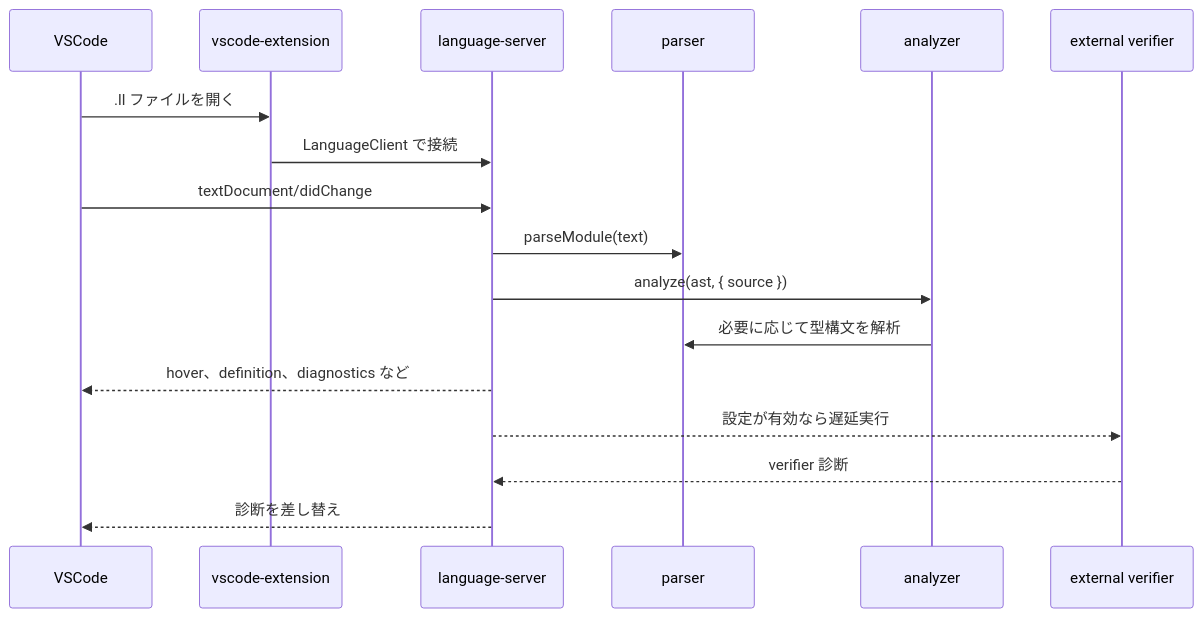
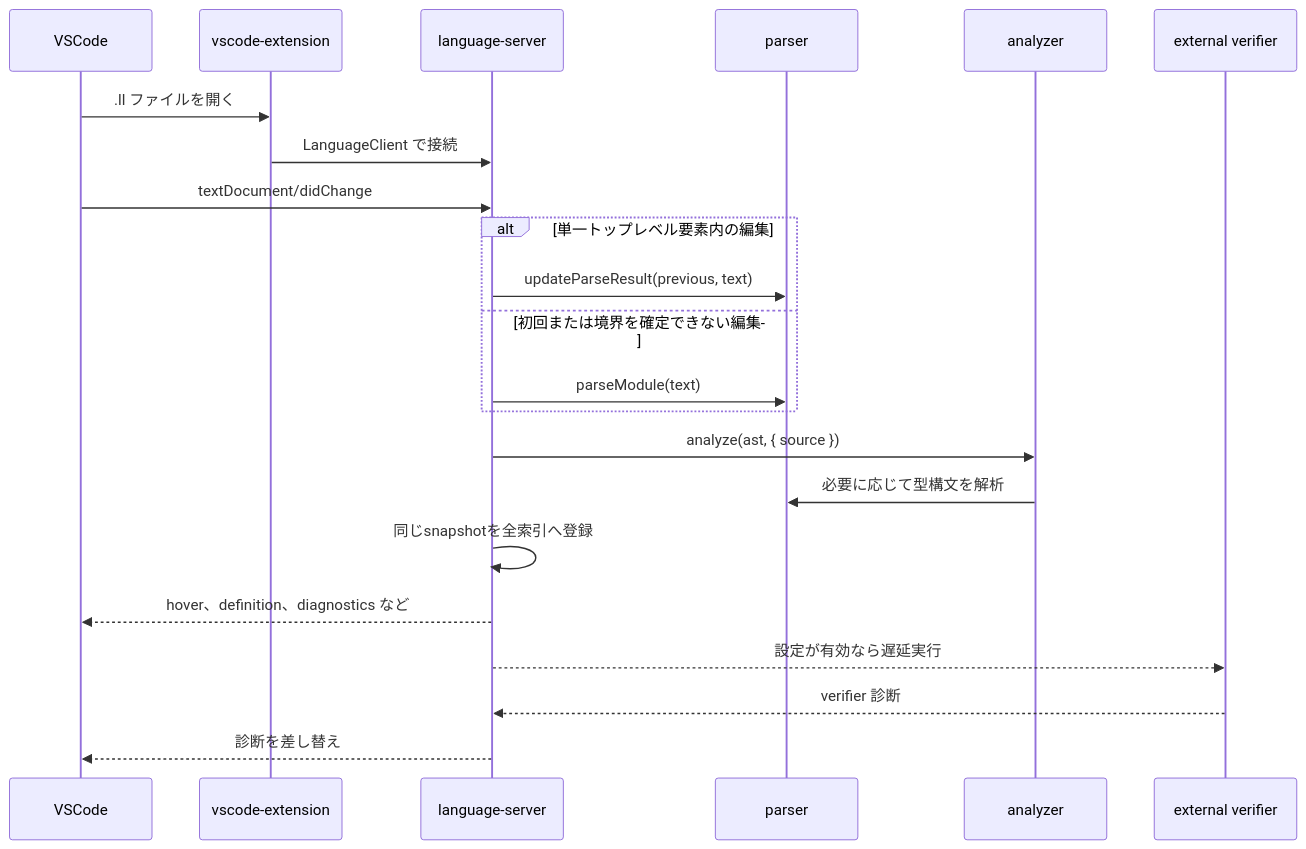
Before and after one commit to r4ai/llvm-analyzer: the second of 2 diagrams in docs/architecture.md, drawn with Mermaid. The commit also changed other lines of this file and 17 other files, not shown here.

````diff
--- a/docs/architecture.md
+++ b/docs/architecture.md
@@ -63,20 +63,25 @@
 ```mermaid
 sequenceDiagram
   participant VSCode
   participant Extension as vscode-extension
   participant Server as language-server
   participant Parser as parser
   participant Analyzer as analyzer
   participant Verifier as external verifier
 
   VSCode->>Extension: .ll ファイルを開く
   Extension->>Server: LanguageClient で接続
   VSCode->>Server: textDocument/didChange
-  Server->>Parser: parseModule(text)
+  alt 単一トップレベル要素内の編集
+    Server->>Parser: updateParseResult(previous, text)
+  else 初回または境界を確定できない編集
+    Server->>Parser: parseModule(text)
+  end
   Server->>Analyzer: analyze(ast, { source })
   Analyzer->>Parser: 必要に応じて型構文を解析
+  Server->>Server: 同じsnapshotを全索引へ登録
   Server-->>VSCode: hover、definition、diagnostics など
   Server-->>Verifier: 設定が有効なら遅延実行
   Verifier-->>Server: verifier 診断
   Server-->>VSCode: 診断を差し替え
 ```
````
